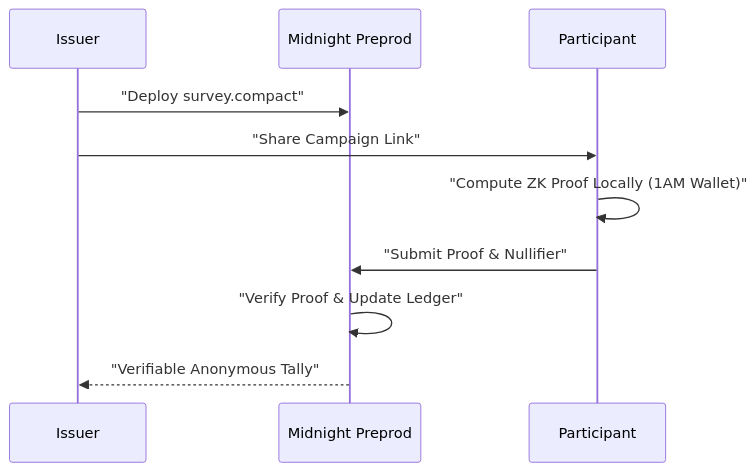
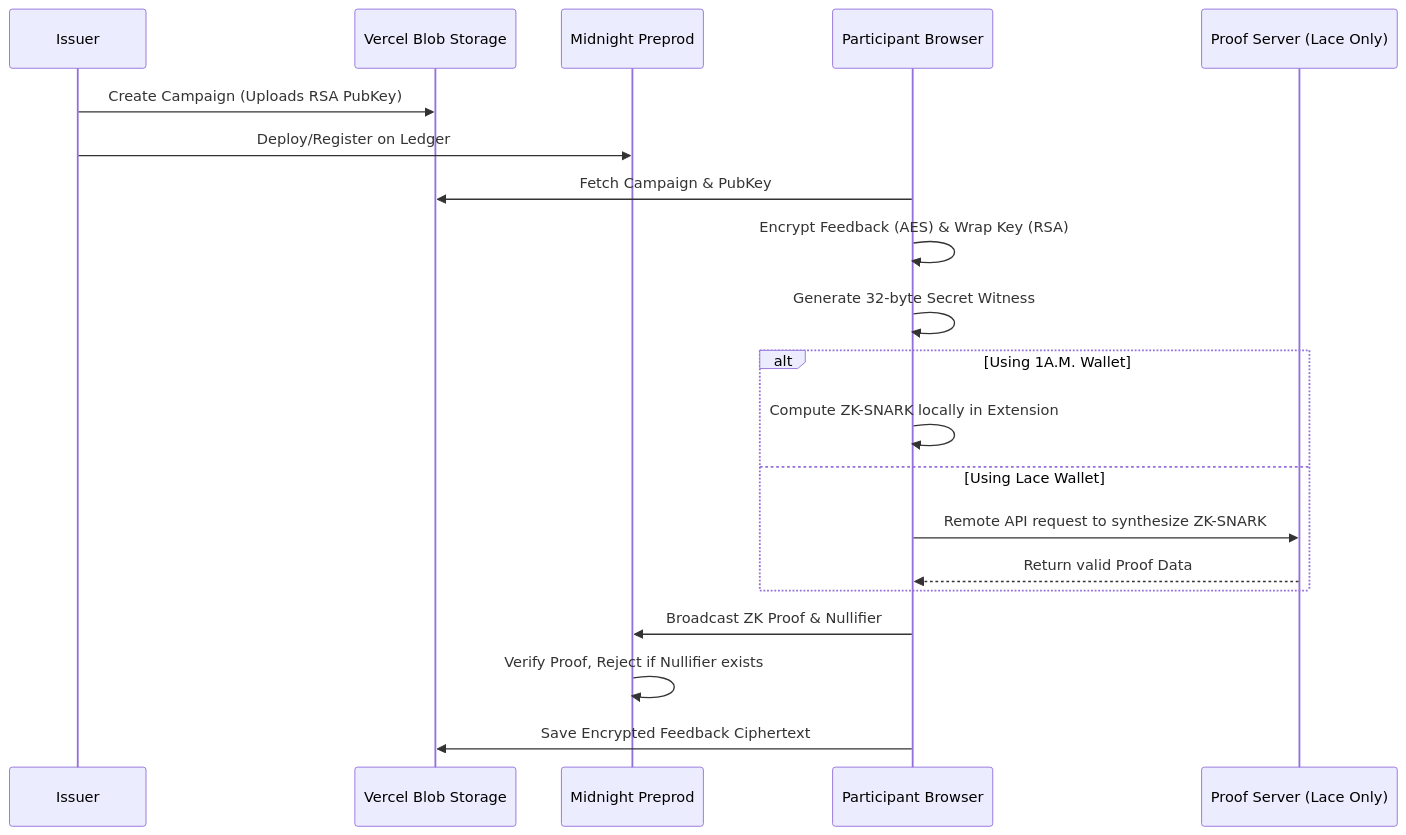
One commit to late-cat/veil changed the diagram in README.md. Above: the diagram before and after it, drawn with Mermaid. The commit also changed other lines of this file, not shown here.

````diff
--- a/README.md
+++ b/README.md
@@ -175,13 +195,25 @@
 ```mermaid
 sequenceDiagram
     participant I as Issuer
+    participant DB as Vercel Blob Storage
     participant N as Midnight Preprod
-    participant P as Participant
+    participant P as Participant Browser
+    participant PS as Proof Server (Lace Only)
     
-    I->>N: "Deploy survey.compact"
-    I->>P: "Share Campaign Link"
-    P->>P: "Compute ZK Proof Locally (1AM Wallet)"
-    P->>N: "Submit Proof & Nullifier"
-    N->>N: "Verify Proof & Update Ledger"
-    N-->>I: "Verifiable Anonymous Tally"
+    I->>DB: Create Campaign (Uploads RSA PubKey)
+    I->>N: Deploy/Register on Ledger
+    P->>DB: Fetch Campaign & PubKey
+    P->>P: Encrypt Feedback (AES) & Wrap Key (RSA)
+    P->>P: Generate 32-byte Secret Witness
+    
+    alt Using 1A.M. Wallet
+        P->>P: Compute ZK-SNARK locally in Extension
+    else Using Lace Wallet
+        P->>PS: Remote API request to synthesize ZK-SNARK
+        PS-->>P: Return valid Proof Data
+    end
+    
+    P->>N: Broadcast ZK Proof & Nullifier
+    N->>N: Verify Proof, Reject if Nullifier exists
+    P->>DB: Save Encrypted Feedback Ciphertext
 ```
````
